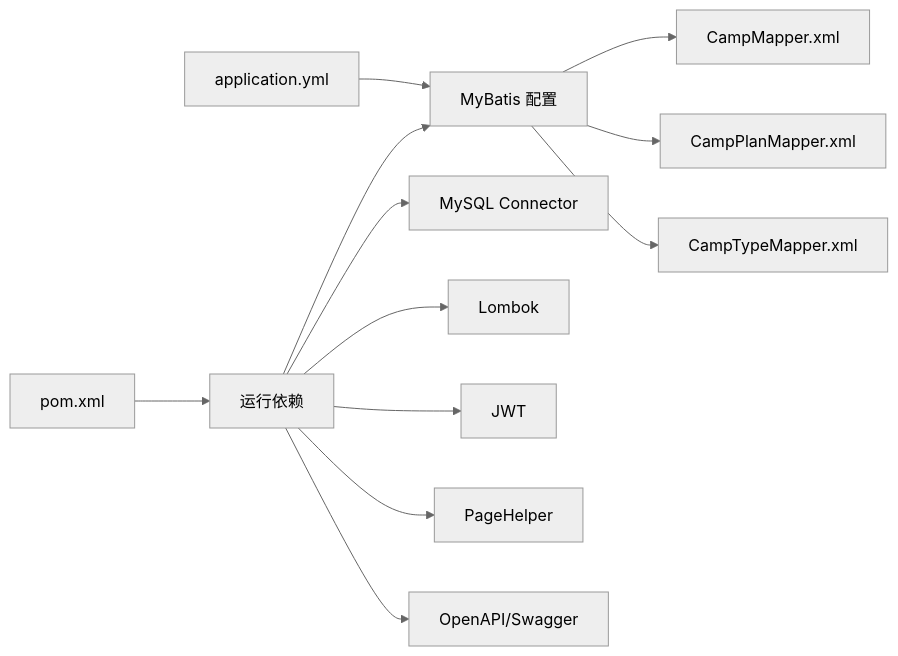
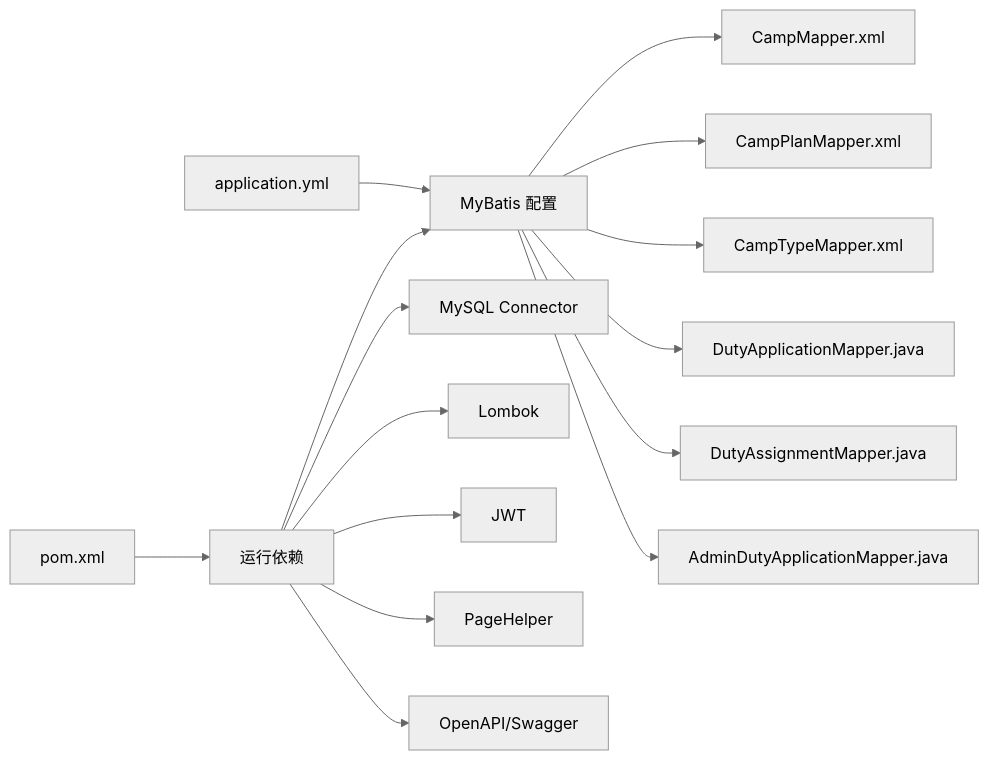
The third of 3 diagrams in .qoder/repowiki/zh/content/数据模型设计/数据模型设计.md (gaozihaowin/-), drawn with Mermaid (neutral theme) before and after one commit. The commit also changed other lines of this file and 9 other files, not shown here.

````diff
--- a/.qoder/repowiki/zh/content/数据模型设计/数据模型设计.md
+++ b/.qoder/repowiki/zh/content/数据模型设计/数据模型设计.md
@@ -299,14 +412,17 @@
 ```mermaid
 graph LR
 YML["application.yml"] --> MB["MyBatis 配置"]
 MB --> XML1["CampMapper.xml"]
 MB --> XML2["CampPlanMapper.xml"]
 MB --> XML3["CampTypeMapper.xml"]
+MB --> JAVA1["DutyApplicationMapper.java"]
+MB --> JAVA2["DutyAssignmentMapper.java"]
+MB --> JAVA3["AdminDutyApplicationMapper.java"]
 POM["pom.xml"] --> DEPS["运行依赖"]
 DEPS --> MB
 DEPS --> MYSQL["MySQL Connector"]
 DEPS --> LOMBOK["Lombok"]
 DEPS --> JWT["JWT"]
 DEPS --> PAGE["PageHelper"]
 DEPS --> SWAG["OpenAPI/Swagger"]
 ```
````
